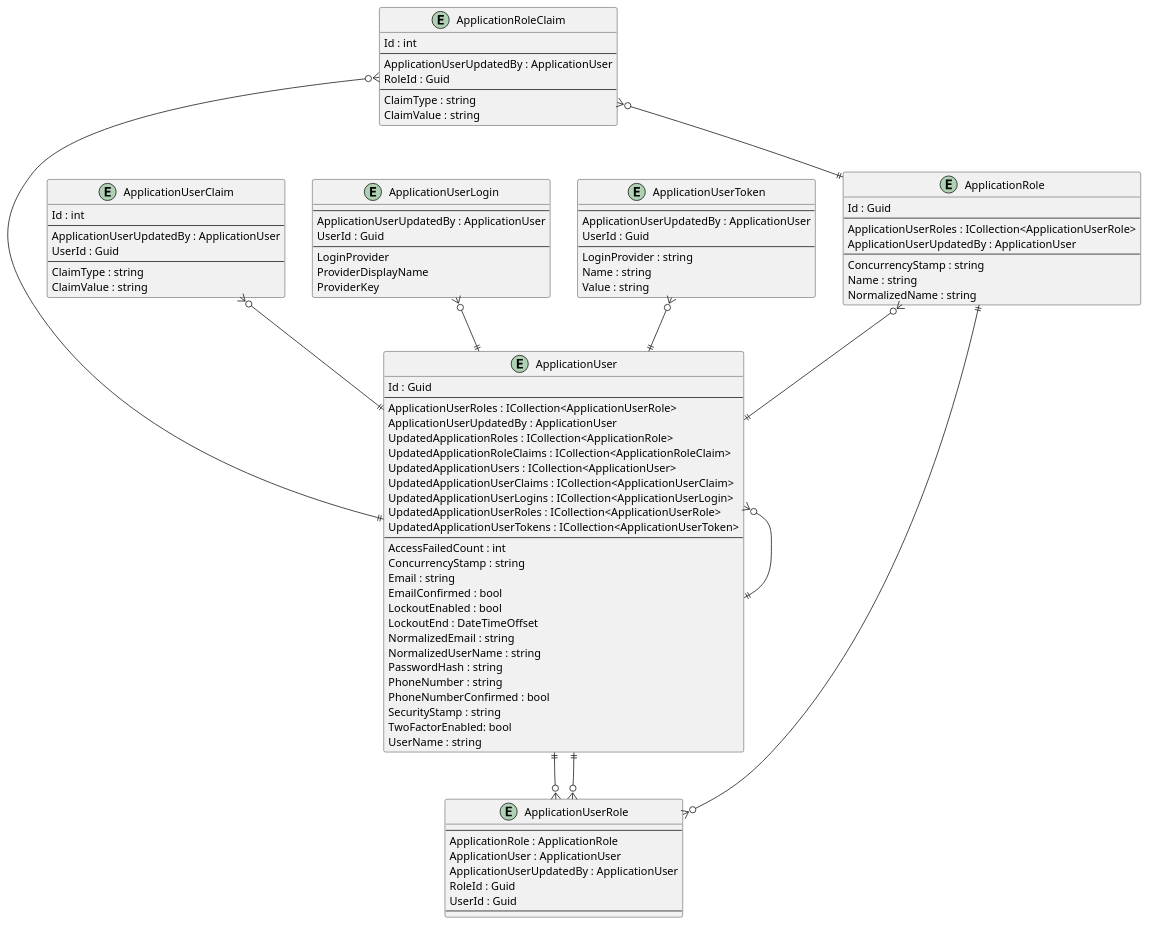
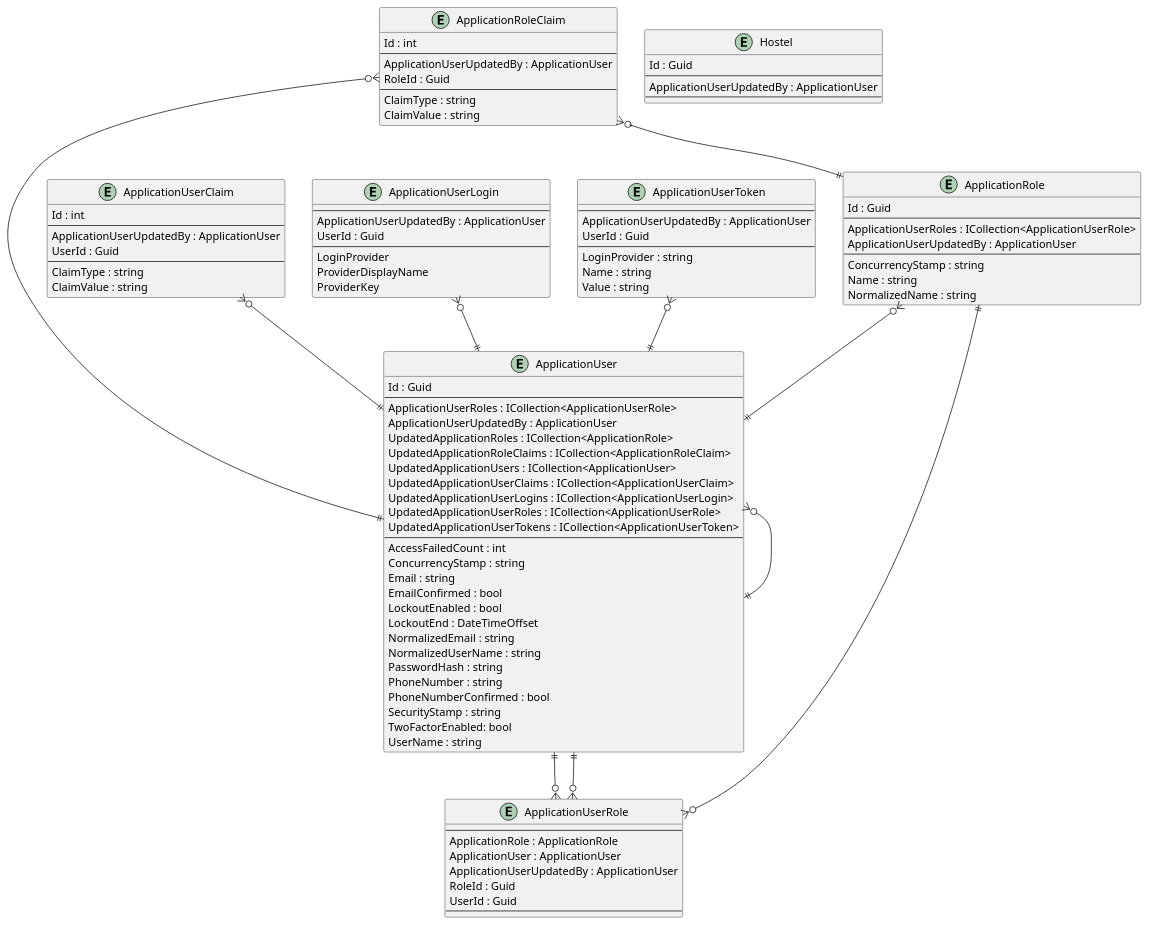
The diagram in .docs/HostelStudents.pu (intrepion/https-code-maze.com-csharp-create-better-looking-console-applications-with-spectre-console-), drawn with PlantUML before and after one commit.

```diff
--- a/.docs/HostelStudents.pu
+++ b/.docs/HostelStudents.pu
@@ -1,109 +1,118 @@
 @startuml
 
 entity ApplicationRole {
     Id : Guid
     --
     ApplicationUserRoles : ICollection<ApplicationUserRole>
     ApplicationUserUpdatedBy : ApplicationUser
     --
     ConcurrencyStamp : string
     Name : string
     NormalizedName : string
 }
 
 entity ApplicationRoleClaim {
     Id : int
     --
     ApplicationUserUpdatedBy : ApplicationUser
     RoleId : Guid
     --
     ClaimType : string
     ClaimValue : string
 }
 
 entity ApplicationUser {
     Id : Guid
     --
     ApplicationUserRoles : ICollection<ApplicationUserRole>
     ApplicationUserUpdatedBy : ApplicationUser
     UpdatedApplicationRoles : ICollection<ApplicationRole>
     UpdatedApplicationRoleClaims : ICollection<ApplicationRoleClaim>
     UpdatedApplicationUsers : ICollection<ApplicationUser>
     UpdatedApplicationUserClaims : ICollection<ApplicationUserClaim>
     UpdatedApplicationUserLogins : ICollection<ApplicationUserLogin>
     UpdatedApplicationUserRoles : ICollection<ApplicationUserRole>
     UpdatedApplicationUserTokens : ICollection<ApplicationUserToken>
     ' ApplicationUserKeyCodePlaceholder
     --
     AccessFailedCount : int
     ConcurrencyStamp : string
     Email : string
     EmailConfirmed : bool
     LockoutEnabled : bool
     LockoutEnd : DateTimeOffset
     NormalizedEmail : string
     NormalizedUserName : string
     PasswordHash : string
     PhoneNumber : string
     PhoneNumberConfirmed : bool
     SecurityStamp : string
     TwoFactorEnabled: bool
     UserName : string
 }
 
 entity ApplicationUserClaim {
     Id : int
     --
     ApplicationUserUpdatedBy : ApplicationUser
     UserId : Guid
     --
     ClaimType : string
     ClaimValue : string
 }
 
 entity ApplicationUserLogin {
     --
     ApplicationUserUpdatedBy : ApplicationUser
     UserId : Guid
     --
     LoginProvider
     ProviderDisplayName
     ProviderKey
 }
 
 entity ApplicationUserRole {
     --
     ApplicationRole : ApplicationRole
     ApplicationUser : ApplicationUser
     ApplicationUserUpdatedBy : ApplicationUser
     RoleId : Guid
     UserId : Guid
     --
 }
 
 entity ApplicationUserToken {
     --
     ApplicationUserUpdatedBy : ApplicationUser
     UserId : Guid
     --
     LoginProvider : string
     Name : string
     Value : string
 }
 
+entity Hostel {
+    Id : Guid
+    --
+    ApplicationUserUpdatedBy : ApplicationUser
+    ' HostelKeyCodePlaceholder
+    --
+    ' HostelPropertyCodePlaceholder
+}
+
 ' EntityCodePlaceholder
 
 ApplicationRole ||--o{ ApplicationUserRole
 ApplicationRole }o--|| ApplicationUser
 ApplicationRoleClaim }o--|| ApplicationRole
 ApplicationRoleClaim }o--|| ApplicationUser
 ApplicationUser }o--|| ApplicationUser
 ApplicationUser ||--o{ ApplicationUserRole
 ApplicationUserClaim }o--|| ApplicationUser
 ApplicationUserLogin }o--|| ApplicationUser
 ApplicationUserRole }o--|| ApplicationUser
 ApplicationUserToken }o--|| ApplicationUser
 
 ' RelationshipCodePlaceholder
 
 @enduml
```
